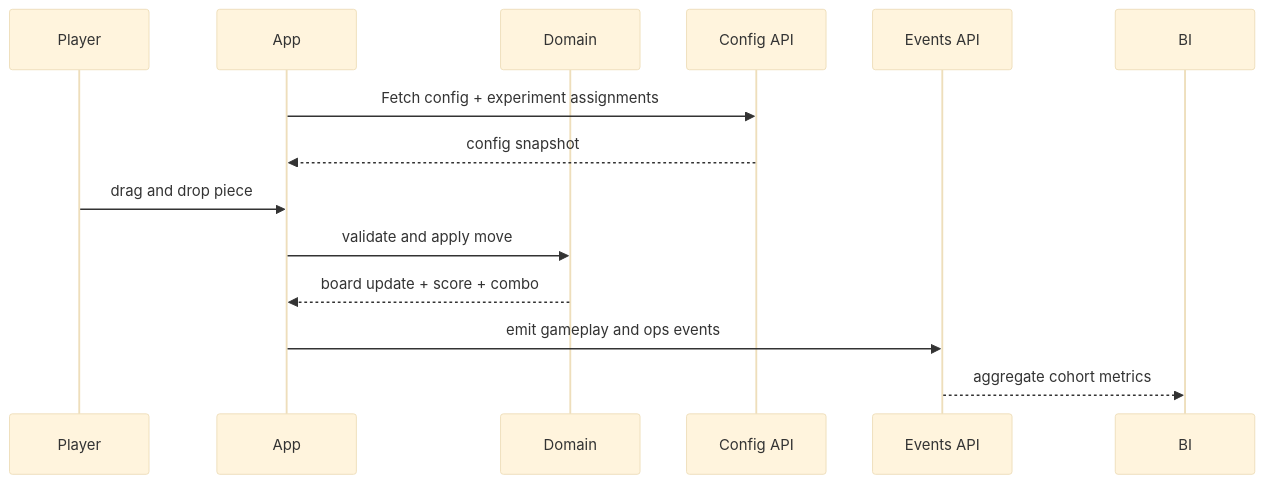
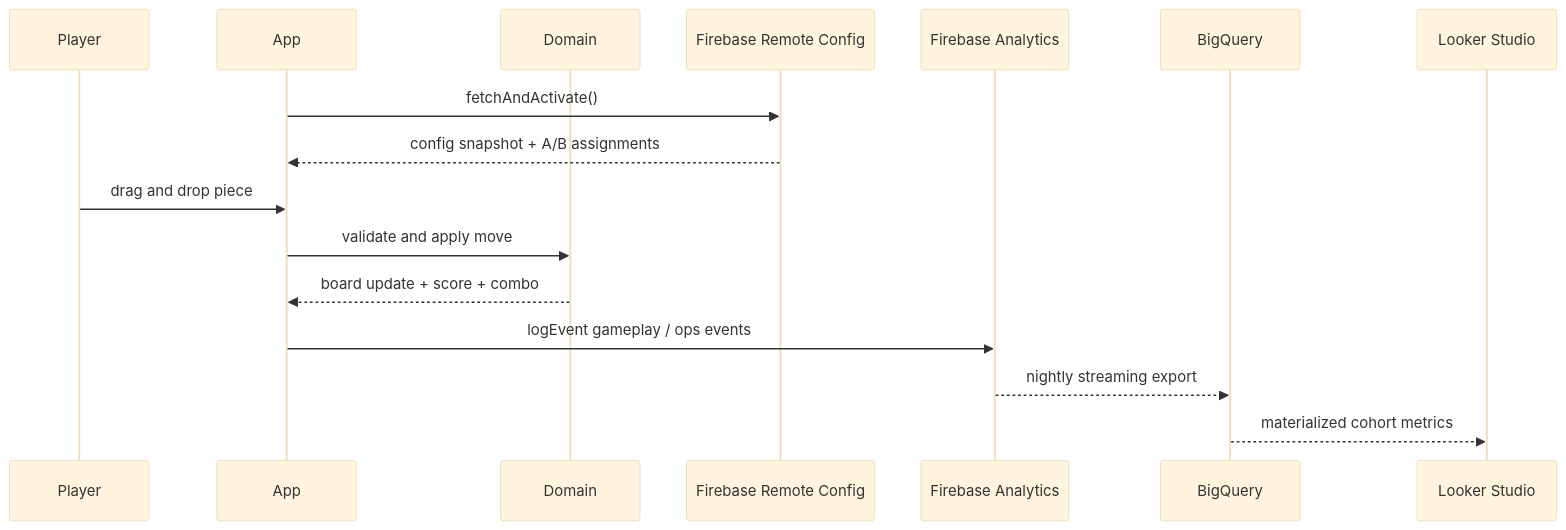
The fourth of 6 diagrams in docs/architecture/03_RELATION_MAP.md (Linol-Hamelton/Block-Puzzle), drawn with Mermaid (base theme) before and after one commit. The commit also changed other lines of this file and 51 other files, not shown here.

````diff
--- a/docs/architecture/03_RELATION_MAP.md
+++ b/docs/architecture/03_RELATION_MAP.md
@@ -34,17 +78,19 @@
 ```mermaid
 sequenceDiagram
   participant P as Player
   participant A as App
   participant D as Domain
-  participant RC as Config API
-  participant E as Events API
-  participant B as BI
+  participant RC as Firebase Remote Config
+  participant FA as Firebase Analytics
+  participant BQ as BigQuery
+  participant LS as Looker Studio
 
-  A->>RC: Fetch config + experiment assignments
-  RC-->>A: config snapshot
+  A->>RC: fetchAndActivate()
+  RC-->>A: config snapshot + A/B assignments
   P->>A: drag and drop piece
   A->>D: validate and apply move
   D-->>A: board update + score + combo
-  A->>E: emit gameplay and ops events
-  E-->>B: aggregate cohort metrics
+  A->>FA: logEvent gameplay / ops events
+  FA-->>BQ: nightly streaming export
+  BQ-->>LS: materialized cohort metrics
 ```
````
